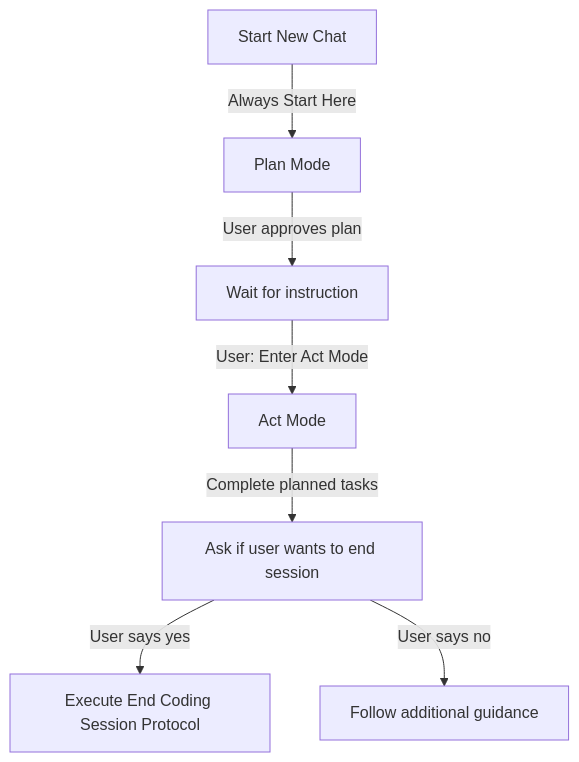
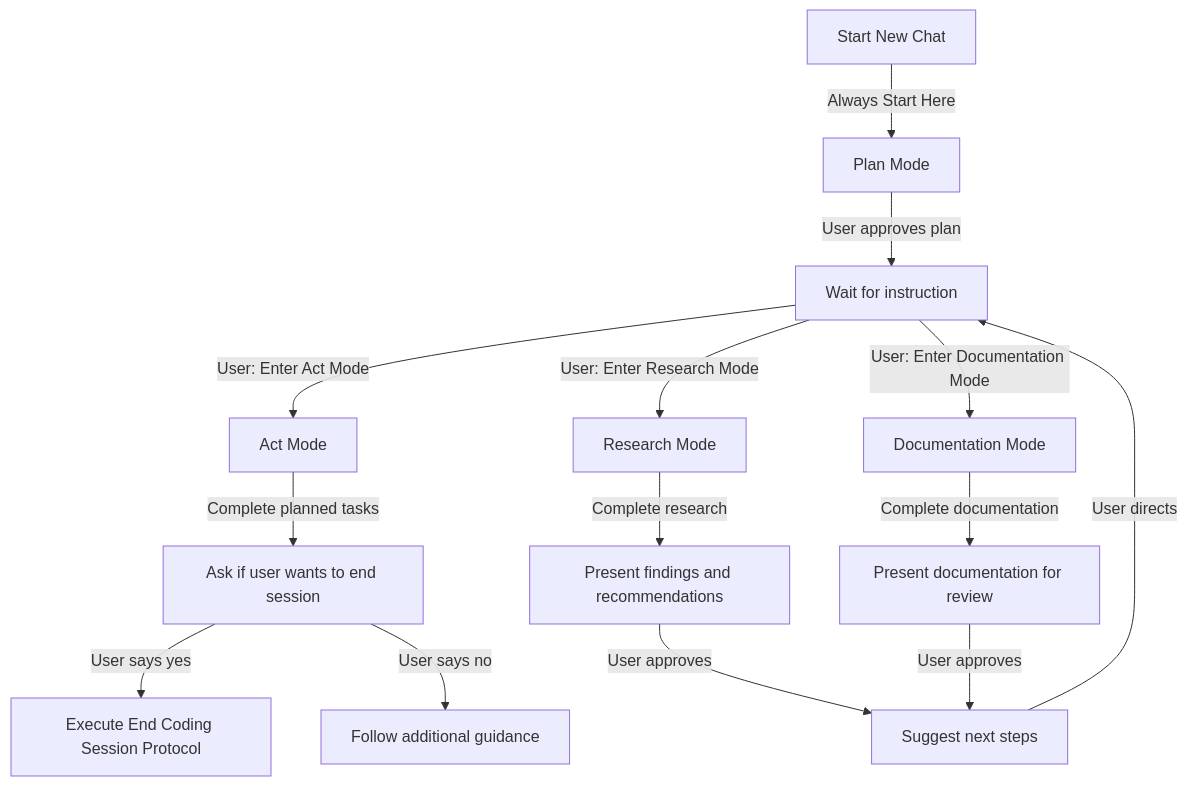
One commit to AstroMined/debtonator changed the second of 4 diagrams in docs/custom_instructions.md. Above: the diagram before and after it, drawn with Mermaid. The commit also changed other lines of this file and 8 other files, not shown here.

First line of the commit message:
Fix schema test failures for account and deposit schedule schemas (v0.5.125)

````diff
--- a/docs/custom_instructions.md
+++ b/docs/custom_instructions.md
@@ -52,9 +80,21 @@
 ```mermaid
 flowchart TD
     Start[Start New Chat] -->|Always Start Here| Plan[Plan Mode]
     Plan -->|User approves plan| Wait[Wait for instruction]
+    
     Wait -->|"User: Enter Act Mode"| Act[Act Mode]
+    Wait -->|"User: Enter Research Mode"| Research[Research Mode]
+    Wait -->|"User: Enter Documentation Mode"| Doc[Documentation Mode]
+    
     Act -->|Complete planned tasks| Ask[Ask if user wants to end session]
+    Research -->|Complete research| Report[Present findings and recommendations]
+    Doc -->|Complete documentation| Review[Present documentation for review]
+    
     Ask -->|User says yes| End[Execute End Coding Session Protocol]
     Ask -->|User says no| Continue[Follow additional guidance]
+    
+    Report -->|User approves| SuggestNext[Suggest next steps]
+    Review -->|User approves| SuggestNext
+    
+    SuggestNext -->|User directs| Wait
 ```
````
